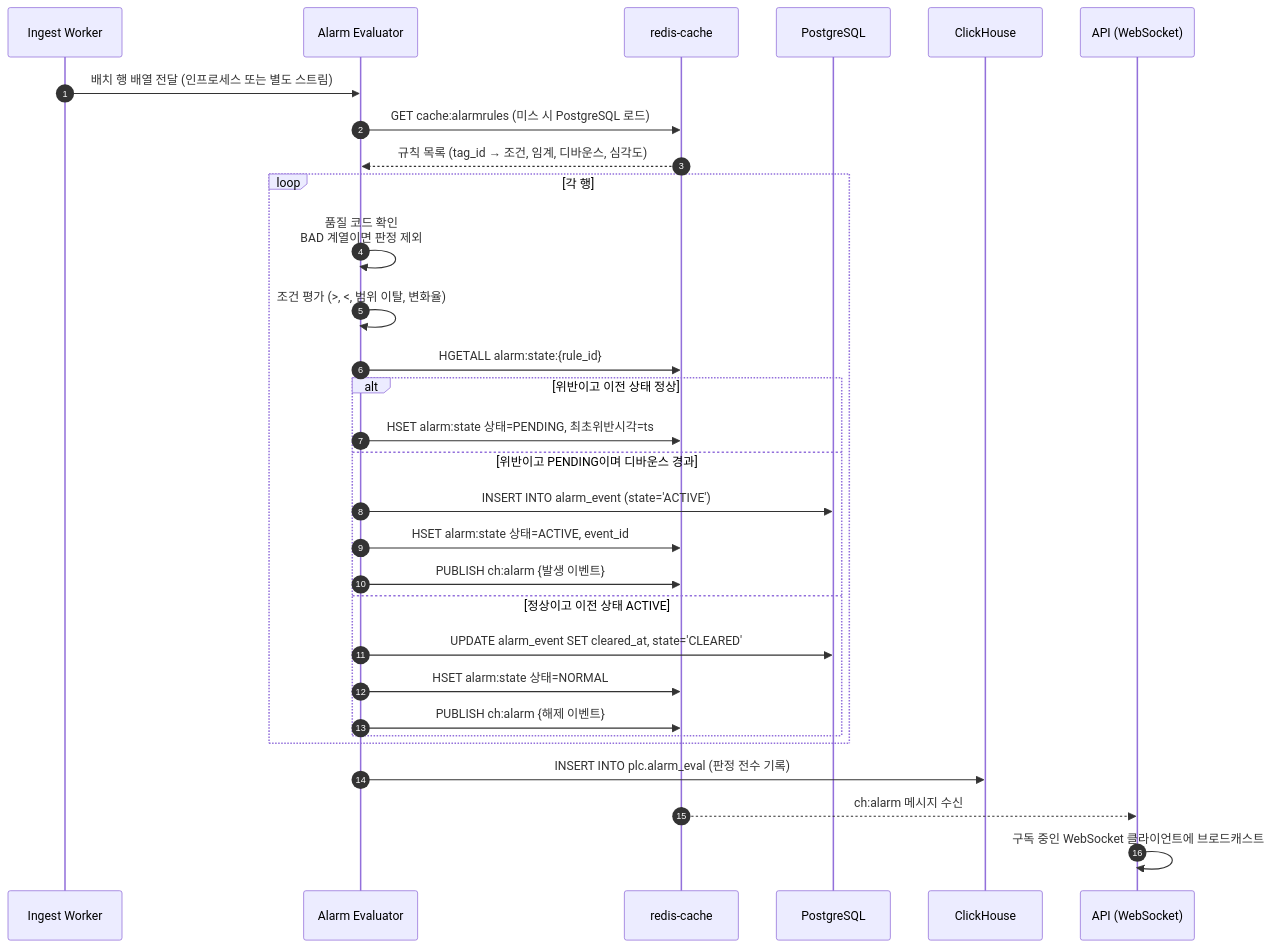
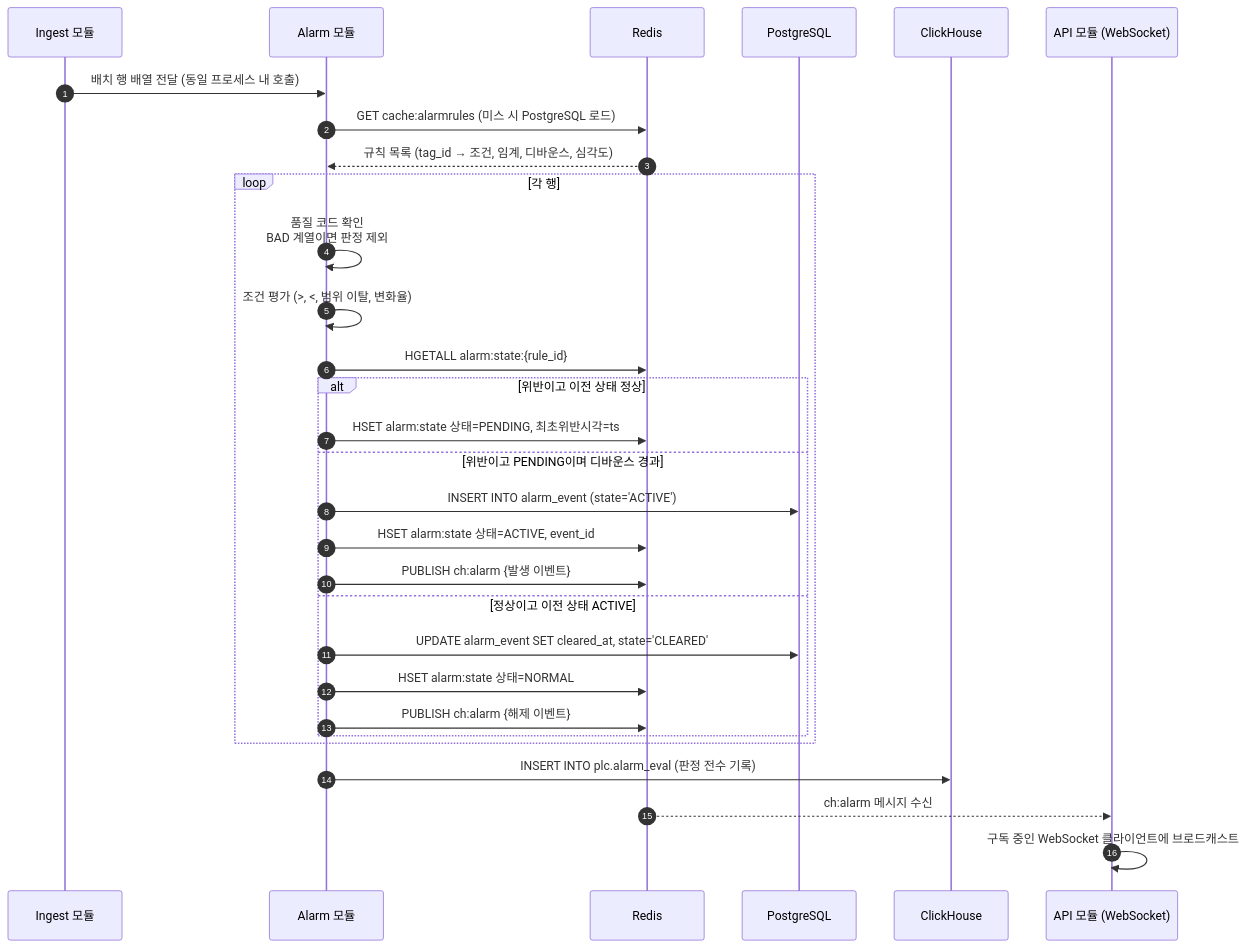
The ninth of 19 diagrams in data_flow.md (jaepil02/db_study), drawn with Mermaid before and after one commit. The commit also changed other lines of this file and 3 other files, not shown here.

````diff
--- a/data_flow.md
+++ b/data_flow.md
@@ -497,36 +525,36 @@
 ```mermaid
 sequenceDiagram
     autonumber
-    participant IW as Ingest Worker
-    participant AE as Alarm Evaluator
-    participant RC as redis-cache
+    participant IW as Ingest 모듈
+    participant AE as Alarm 모듈
+    participant R as Redis
     participant PG as PostgreSQL
     participant CH as ClickHouse
-    participant API as API (WebSocket)
+    participant API as API 모듈 (WebSocket)
 
-    IW->>AE: 배치 행 배열 전달 (인프로세스 또는 별도 스트림)
-    AE->>RC: GET cache:alarmrules (미스 시 PostgreSQL 로드)
-    RC-->>AE: 규칙 목록 (tag_id → 조건, 임계, 디바운스, 심각도)
+    IW->>AE: 배치 행 배열 전달 (동일 프로세스 내 호출)
+    AE->>R: GET cache:alarmrules (미스 시 PostgreSQL 로드)
+    R-->>AE: 규칙 목록 (tag_id → 조건, 임계, 디바운스, 심각도)
 
     loop 각 행
         AE->>AE: 품질 코드 확인<br/>BAD 계열이면 판정 제외
         AE->>AE: 조건 평가 (>, <, 범위 이탈, 변화율)
-        AE->>RC: HGETALL alarm:state:{rule_id}
+        AE->>R: HGETALL alarm:state:{rule_id}
 
         alt 위반이고 이전 상태 정상
-            AE->>RC: HSET alarm:state 상태=PENDING, 최초위반시각=ts
+            AE->>R: HSET alarm:state 상태=PENDING, 최초위반시각=ts
         else 위반이고 PENDING이며 디바운스 경과
             AE->>PG: INSERT INTO alarm_event (state='ACTIVE')
-            AE->>RC: HSET alarm:state 상태=ACTIVE, event_id
-            AE->>RC: PUBLISH ch:alarm {발생 이벤트}
+            AE->>R: HSET alarm:state 상태=ACTIVE, event_id
+            AE->>R: PUBLISH ch:alarm {발생 이벤트}
         else 정상이고 이전 상태 ACTIVE
             AE->>PG: UPDATE alarm_event SET cleared_at, state='CLEARED'
-            AE->>RC: HSET alarm:state 상태=NORMAL
-            AE->>RC: PUBLISH ch:alarm {해제 이벤트}
+            AE->>R: HSET alarm:state 상태=NORMAL
+            AE->>R: PUBLISH ch:alarm {해제 이벤트}
         end
     end
 
     AE->>CH: INSERT INTO plc.alarm_eval (판정 전수 기록)
-    RC-->>API: ch:alarm 메시지 수신
+    R-->>API: ch:alarm 메시지 수신
     API->>API: 구독 중인 WebSocket 클라이언트에 브로드캐스트
 ```
````
